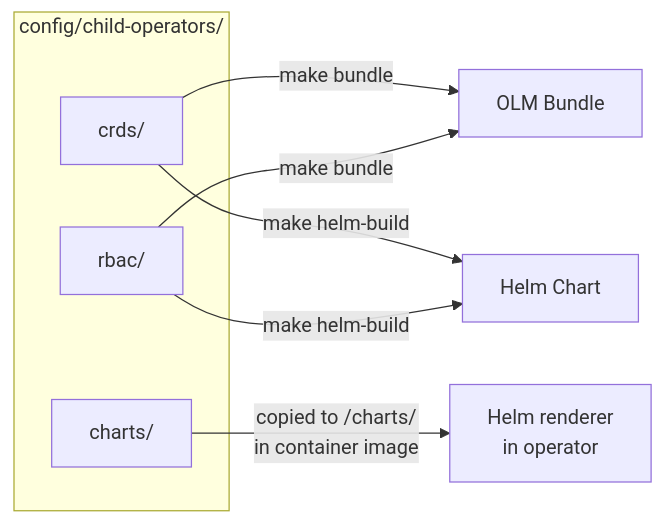
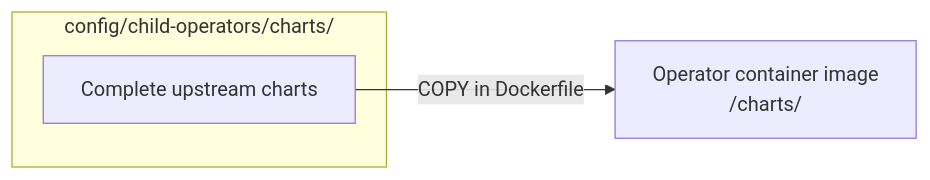
One commit to Kuadrant/architecture changed the second of 6 diagrams in rfcs/0019-olmv1-operator-consolidation/architecture-diagrams.md. Above: the diagram before and after it, drawn with Mermaid. The commit also changed other lines of this file and 1 other file, not shown here.

First line of the commit message:
docs: rewrite RFC for runtime chart rendering approach

````diff
--- a/rfcs/0019-olmv1-operator-consolidation/architecture-diagrams.md
+++ b/rfcs/0019-olmv1-operator-consolidation/architecture-diagrams.md
@@ -59,14 +46,8 @@
 ```mermaid
 graph LR
-    subgraph local["config/child-operators/"]
-        CRDs["crds/"]
-        RBAC["rbac/"]
-        CHARTS["charts/"]
+    subgraph local["config/child-operators/charts/"]
+        CHARTS["Complete upstream charts"]
     end
 
-    CRDs -->|"make bundle"| BUNDLE["OLM Bundle"]
-    RBAC -->|"make bundle"| BUNDLE
-    CRDs -->|"make helm-build"| HELM["Helm Chart"]
-    RBAC -->|"make helm-build"| HELM
-    CHARTS -->|"copied to /charts/<br/>in container image"| RUNTIME["Helm renderer<br/>in operator"]
+    CHARTS -->|"COPY in Dockerfile"| IMAGE["Operator container image<br/>/charts/"]
 ```
````
